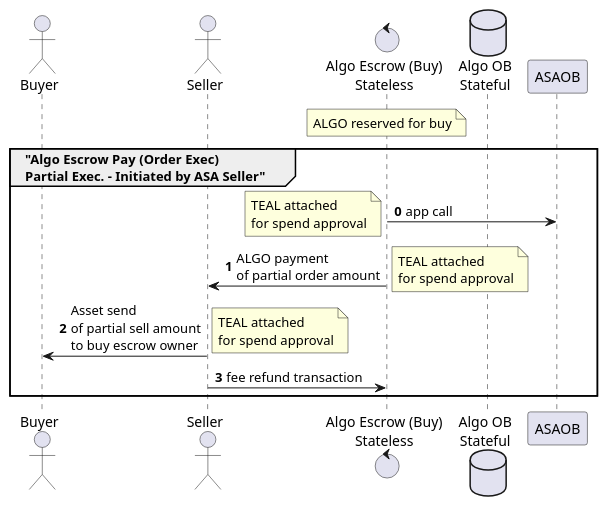
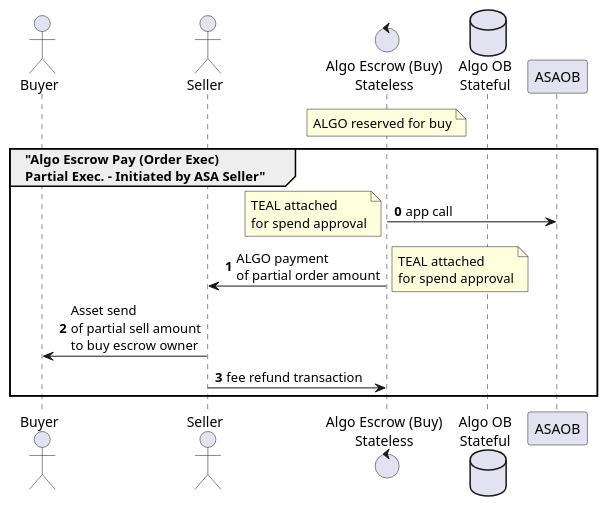
The diagram in diagrams/algo_escrow_execute_partial.puml (algodex/algodex-architecture), drawn with PlantUML before and after one commit. The commit also changed 1 other file, not shown here.

```diff
--- a/diagrams/algo_escrow_execute_partial.puml
+++ b/diagrams/algo_escrow_execute_partial.puml
@@ -1,19 +1,18 @@
 @startuml
 actor Buyer
 actor Seller
 control "Algo Escrow (Buy)\nStateless" as AlgoEscrow
 database "Algo OB\nStateful" as AlgoOB
 note over AlgoEscrow: ALGO reserved for buy
 
 group "Algo Escrow Pay (Order Exec)\nPartial Exec. - Initiated by ASA Seller"
 autonumber 0
 AlgoEscrow -> ASAOB: app call
 note left: TEAL attached\nfor spend approval
 AlgoEscrow -> Seller: ALGO payment\nof partial order amount
 note right: TEAL attached\nfor spend approval
 Seller -> Buyer: Asset send\nof partial sell amount\nto buy escrow owner
-note right: TEAL attached\nfor spend approval
 Seller -> AlgoEscrow: fee refund transaction
 end
 
 @enduml
```
